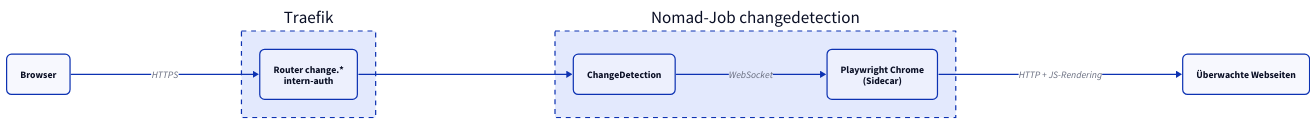
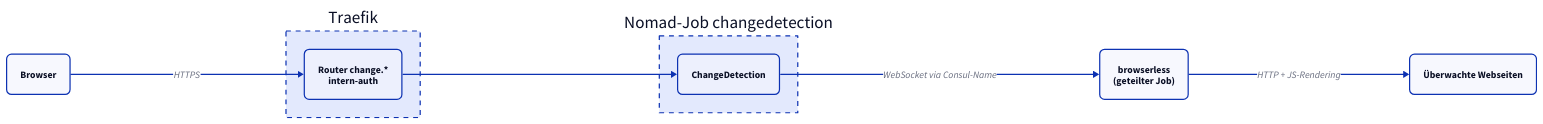
The diagram in docs/dienste/changedetection/index.md (derever-labs/homelab-wiki), drawn with D2 before and after one commit. The commit also changed other lines of this file and 6 other files, not shown here.

````diff
--- a/docs/dienste/changedetection/index.md
+++ b/docs/dienste/changedetection/index.md
@@ -30,23 +31,24 @@
 ```d2
 direction: right
 
 USER: Browser { style.border-radius: 8 }
 
 Traefik: Traefik {
   style.stroke-dash: 4
   R1: "Router change.*\nintern-auth" { style.border-radius: 8 }
 }
 
 Nomad: "Nomad-Job changedetection" {
   style.stroke-dash: 4
   CD: ChangeDetection { style.border-radius: 8 }
-  PW: "Playwright Chrome\n(Sidecar)" { style.border-radius: 8 }
 }
+
+BL: "browserless\n(geteilter Job)" { style.border-radius: 8 }
 
 WEB: "Überwachte Webseiten" { style.border-radius: 8 }
 
 USER -> Traefik.R1: HTTPS
 Traefik.R1 -> Nomad.CD
-Nomad.CD -> Nomad.PW: WebSocket
-Nomad.PW -> WEB: "HTTP + JS-Rendering"
+Nomad.CD -> BL: "WebSocket via Consul-Name"
+BL -> WEB: "HTTP + JS-Rendering"
 ```
````
